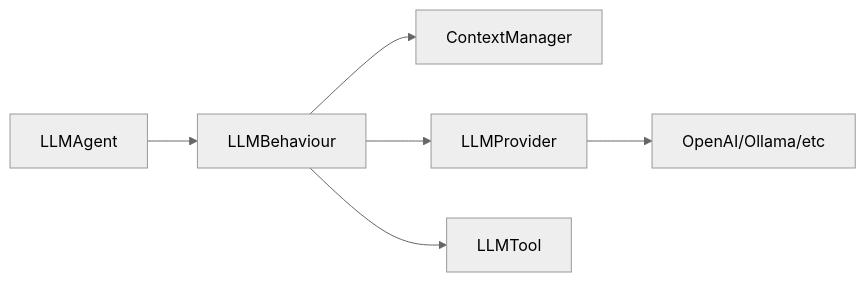
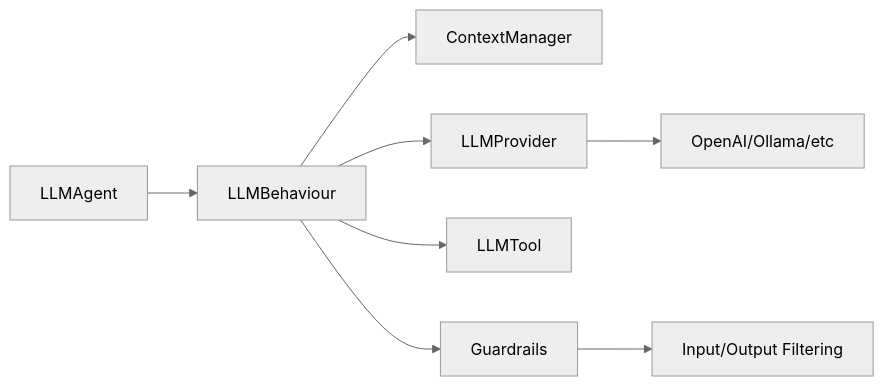
The diagram in README.md (sosanzma/spade_llm), drawn with Mermaid (neutral theme) before and after one commit. The commit also changed other lines of this file, not shown here.

````diff
--- a/README.md
+++ b/README.md
@@ -121,8 +143,10 @@
 ```mermaid
 graph LR
     A[LLMAgent] --> B[LLMBehaviour]
     B --> C[ContextManager]
     B --> D[LLMProvider]
     B --> E[LLMTool]
+    B --> G[Guardrails]
     D --> F[OpenAI/Ollama/etc]
+    G --> H[Input/Output Filtering]
 ```
````
